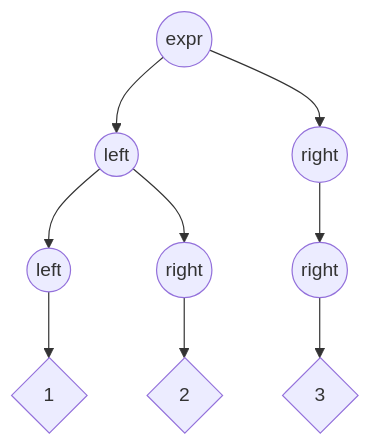
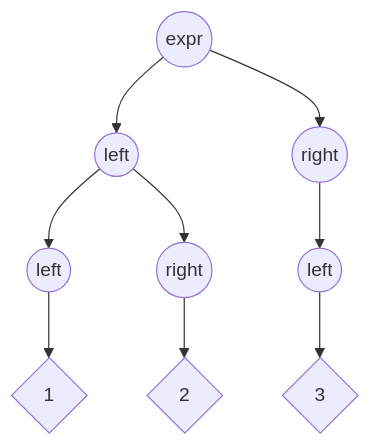
The first of 2 diagrams in hugo/content/docs/ast-types.md (eclipse-langium/langium-website), drawn with Mermaid before and after one commit. The commit also changed other lines of this file, not shown here.

```diff
--- a/hugo/content/docs/ast-types.md
+++ b/hugo/content/docs/ast-types.md
@@ -189,11 +190,11 @@
 {{<mermaid>}}
 graph TD;
 expr((expr)) --> left((left))
 expr --> right((right))
 left --> left_left((left))
 left --> left_right((right))
-right --> right_right((right))
+right --> right_left((left))
 left_left --> left_left_v{1}
 left_right --> left_right_{2}
-right_right --> right_right_v{3}
+right_left --> right_left_v{3}
 {{</mermaid>}}
```
